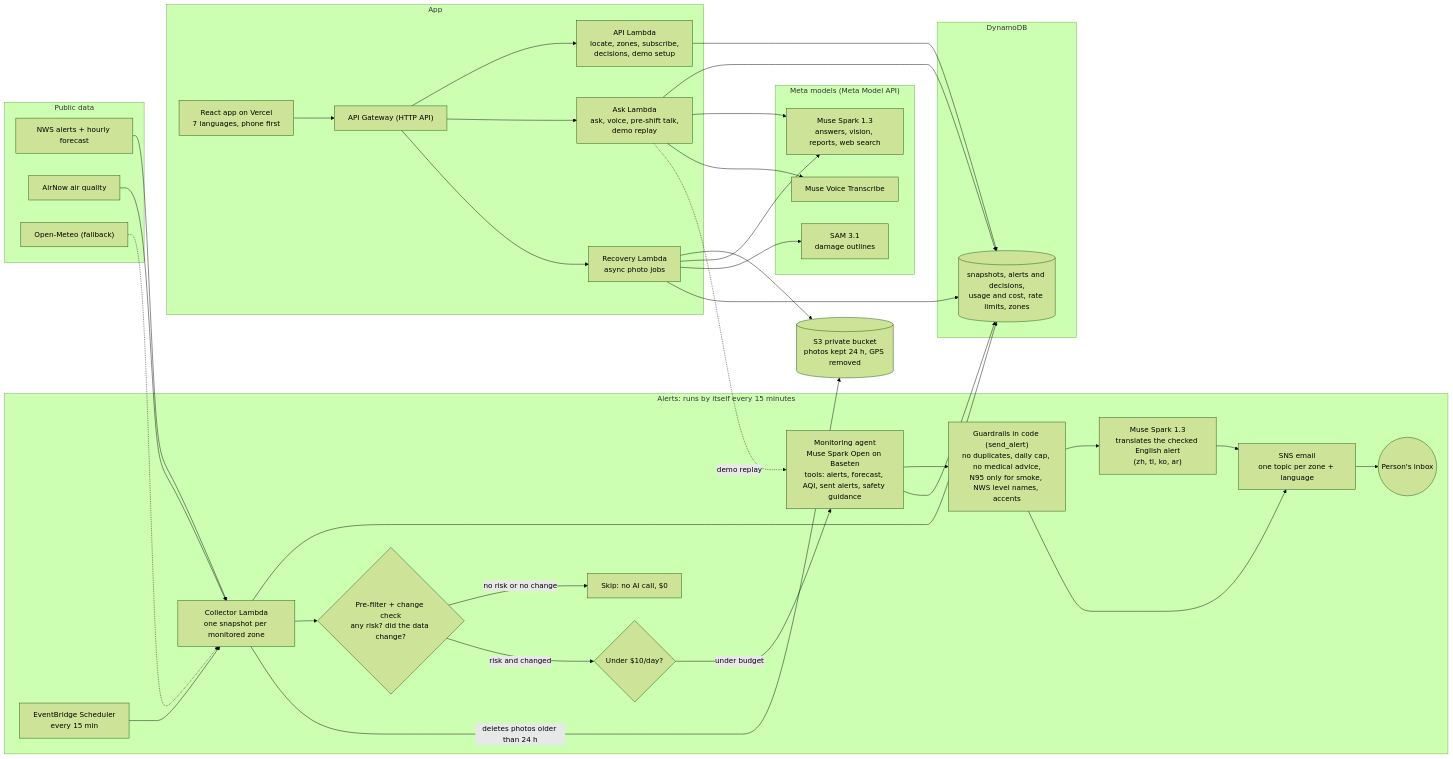
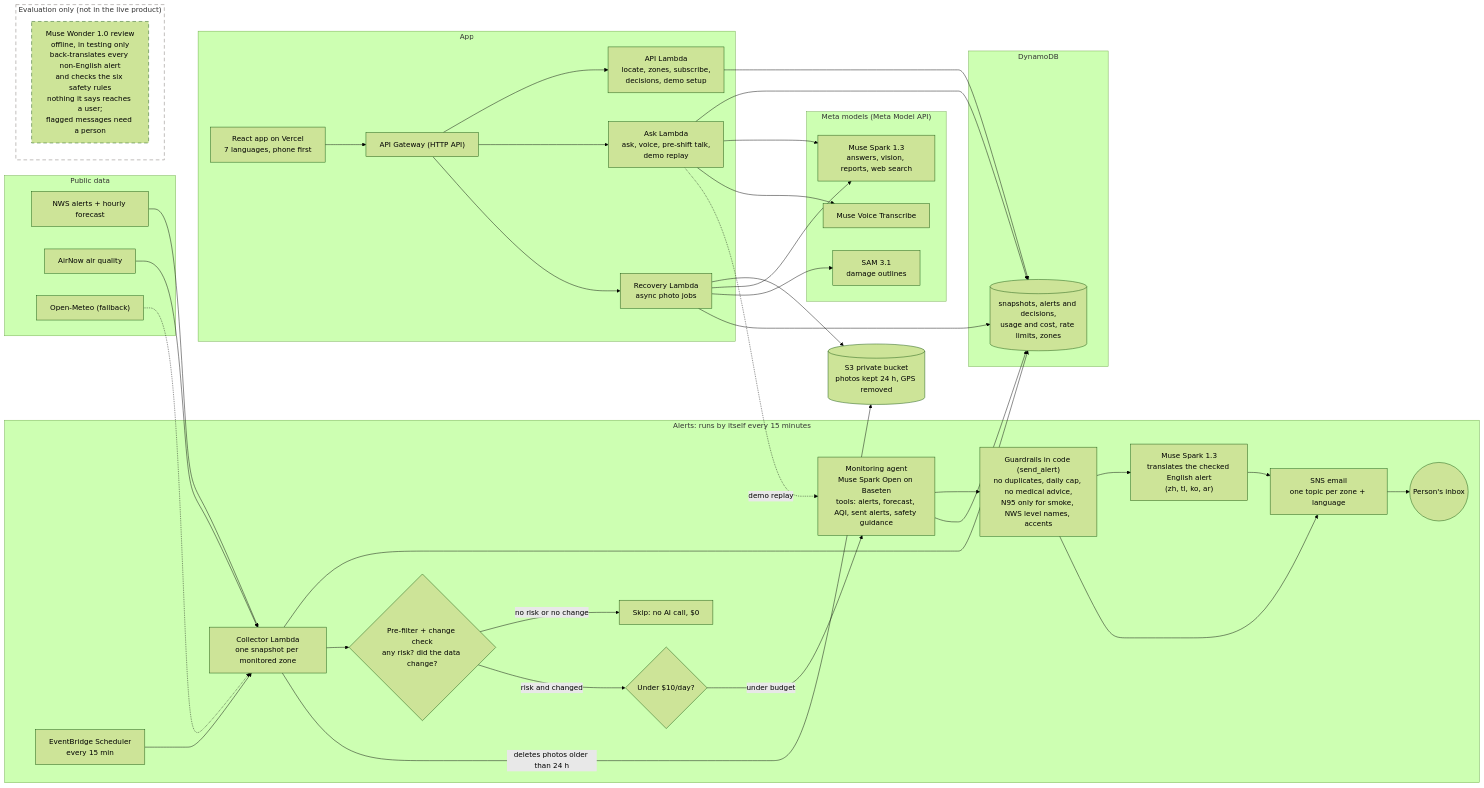
One commit to dangkhoa241/ClimateGuard changed the diagram in docs/architecture.mmd. Above: the diagram before and after it, drawn with Mermaid (forest theme). The commit also changed 9 other files, not shown here.

First line of the commit message:
How it works: add Muse Wonder 1.0 as an evaluation-only element

```diff
--- a/docs/architecture.mmd
+++ b/docs/architecture.mmd
@@ -1,70 +1,77 @@
 flowchart LR
   subgraph DATA["Public data"]
     NWS["NWS alerts + hourly forecast"]
     AIR["AirNow air quality"]
     OM["Open-Meteo (fallback)"]
   end
 
   subgraph ALERTS["Alerts: runs by itself every 15 minutes"]
     EB["EventBridge Scheduler<br/>every 15 min"]
     COL["Collector Lambda<br/>one snapshot per monitored zone"]
     PRE{"Pre-filter + change check<br/>any risk? did the data change?"}
     SKIP["Skip: no AI call, $0"]
     BUD{"Under $10/day?"}
     AGENT["Monitoring agent<br/>Muse Spark Open on Baseten<br/>tools: alerts, forecast, AQI, sent alerts, safety guidance"]
     GUARD["Guardrails in code (send_alert)<br/>no duplicates, daily cap, no medical advice,<br/>N95 only for smoke, NWS level names, accents"]
     TR["Muse Spark 1.3<br/>translates the checked English alert<br/>(zh, tl, ko, ar)"]
     SNS["SNS email<br/>one topic per zone + language"]
     PERSON(("Person's inbox"))
   end
 
   subgraph STORE["DynamoDB"]
     DB[("snapshots, alerts and decisions,<br/>usage and cost, rate limits, zones")]
   end
 
   subgraph APP["App"]
     FE["React app on Vercel<br/>7 languages, phone first"]
     API["API Gateway (HTTP API)"]
     L1["API Lambda<br/>locate, zones, subscribe,<br/>decisions, demo setup"]
     L2["Ask Lambda<br/>ask, voice, pre-shift talk,<br/>demo replay"]
     L3["Recovery Lambda<br/>async photo jobs"]
   end
 
   subgraph MODELS["Meta models (Meta Model API)"]
     MS["Muse Spark 1.3<br/>answers, vision, reports, web search"]
     VT["Muse Voice Transcribe"]
     SAM["SAM 3.1<br/>damage outlines"]
   end
 
   S3[("S3 private bucket<br/>photos kept 24 h, GPS removed")]
 
+  subgraph EVAL["Evaluation only (not in the live product)"]
+    WONDER["Muse Wonder 1.0 review<br/>offline, in testing only<br/>back-translates every non-English alert<br/>and checks the six safety rules<br/>nothing it says reaches a user;<br/>flagged messages need a person"]
+  end
+
   NWS --> COL
   AIR --> COL
   OM -.-> COL
   EB --> COL
   COL --> DB
   COL --> PRE
   PRE -- "no risk or no change" --> SKIP
   PRE -- "risk and changed" --> BUD
   BUD -- "under budget" --> AGENT
   AGENT --> GUARD
   GUARD --> TR
   TR --> SNS
   GUARD --> SNS
   SNS --> PERSON
   AGENT --> DB
   COL -- "deletes photos older than 24 h" --> S3
 
   FE --> API
   API --> L1
   API --> L2
   API --> L3
   L1 --> DB
   L2 --> DB
   L2 --> MS
   L2 --> VT
   L2 -. "demo replay" .-> AGENT
   L3 --> S3
   L3 --> MS
   L3 --> SAM
   L3 --> DB
+
+  style EVAL stroke-dasharray: 8 6,stroke:#78716c,fill:#ffffff
+  style WONDER stroke-dasharray: 8 6
```
